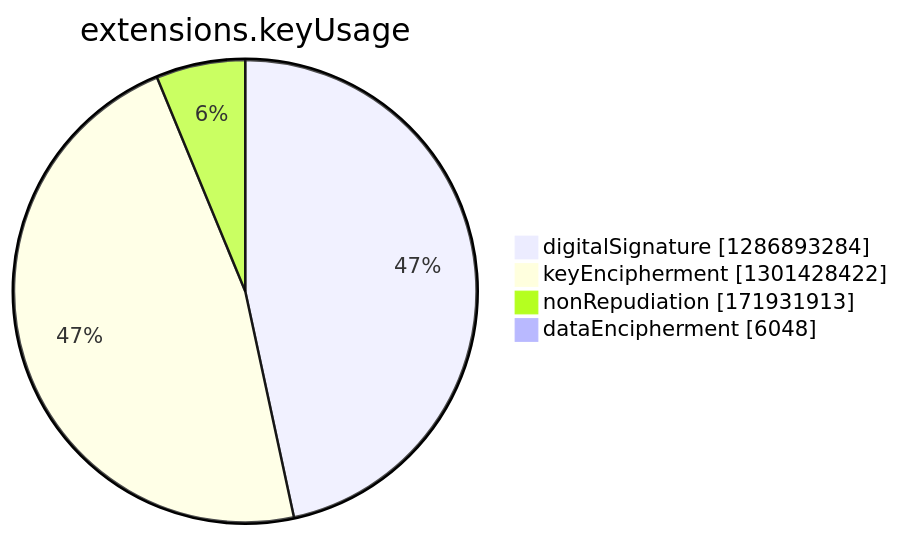
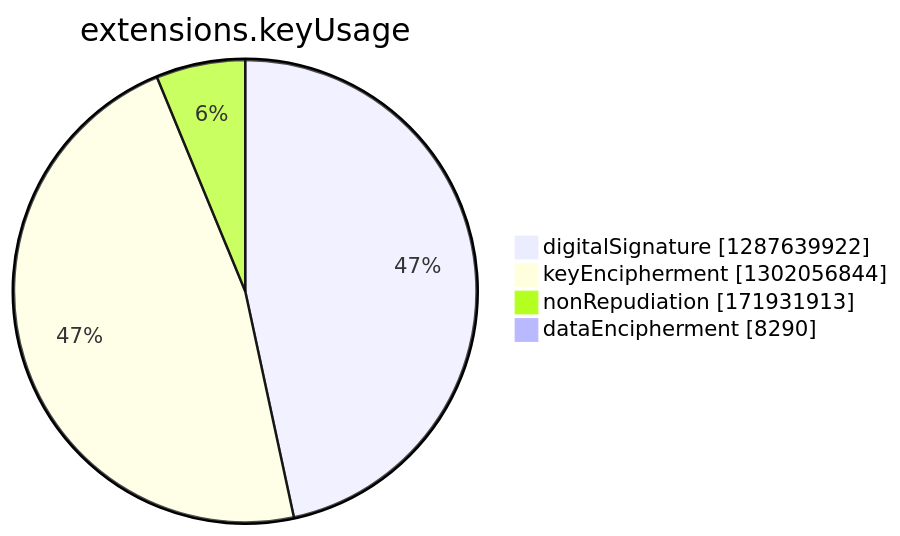
Before and after one commit to christiankrug/ctmonitor_visualization: the seventh of 15 diagrams in argon2022/README.md, drawn with Mermaid. The commit also changed other lines of this file, not shown here.

````diff
--- a/argon2022/README.md
+++ b/argon2022/README.md
@@ -2748,8 +2748,8 @@
 ```mermaid
 pie showData
 title extensions.keyUsage
-"digitalSignature" :1286893284
-"keyEncipherment" :1301428422
+"digitalSignature" :1287639922
+"keyEncipherment" :1302056844
 "nonRepudiation" :171931913
-"dataEncipherment" :6048
+"dataEncipherment" :8290
 ```
````
